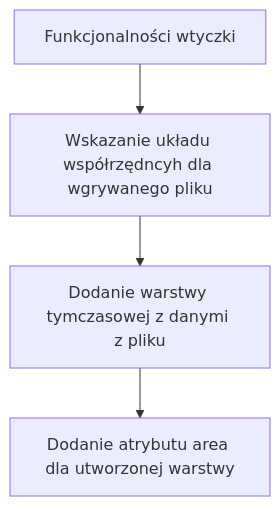
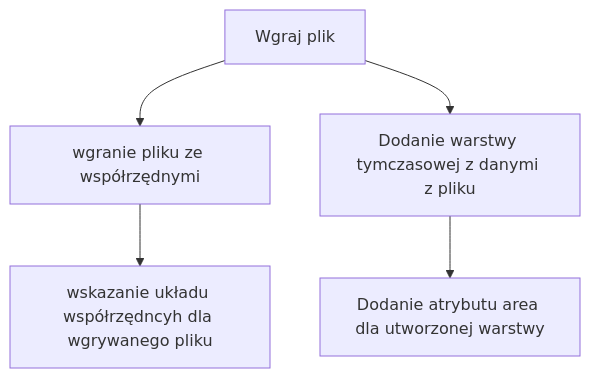
Before and after one commit to 20Julia02/wtyczka: the second of 2 diagrams in README.md, drawn with Mermaid. The commit also changed other lines of this file, not shown here.

````diff
--- a/README.md
+++ b/README.md
@@ -17,6 +19,8 @@
 ```mermaid
   graph TD;
-      A[Funkcjonalności wtyczki]--> B[Wskazanie układu współrzędncyh dla wgrywanego pliku]
-      B --> D[Dodanie warstwy tymczasowej z danymi z pliku]
-      D --> C[Dodanie atrybutu area dla utworzonej warstwy] 
+      A[Wgraj plik]--> B[wgranie pliku ze współrzędnymi]
+      B --> C[wskazanie układu współrzędncyh dla wgrywanego pliku]
+      A --> D[Dodanie warstwy tymczasowej z danymi z pliku]
+      D --> E[Dodanie atrybutu area dla utworzonej warstwy] 
+      
 ```
````
